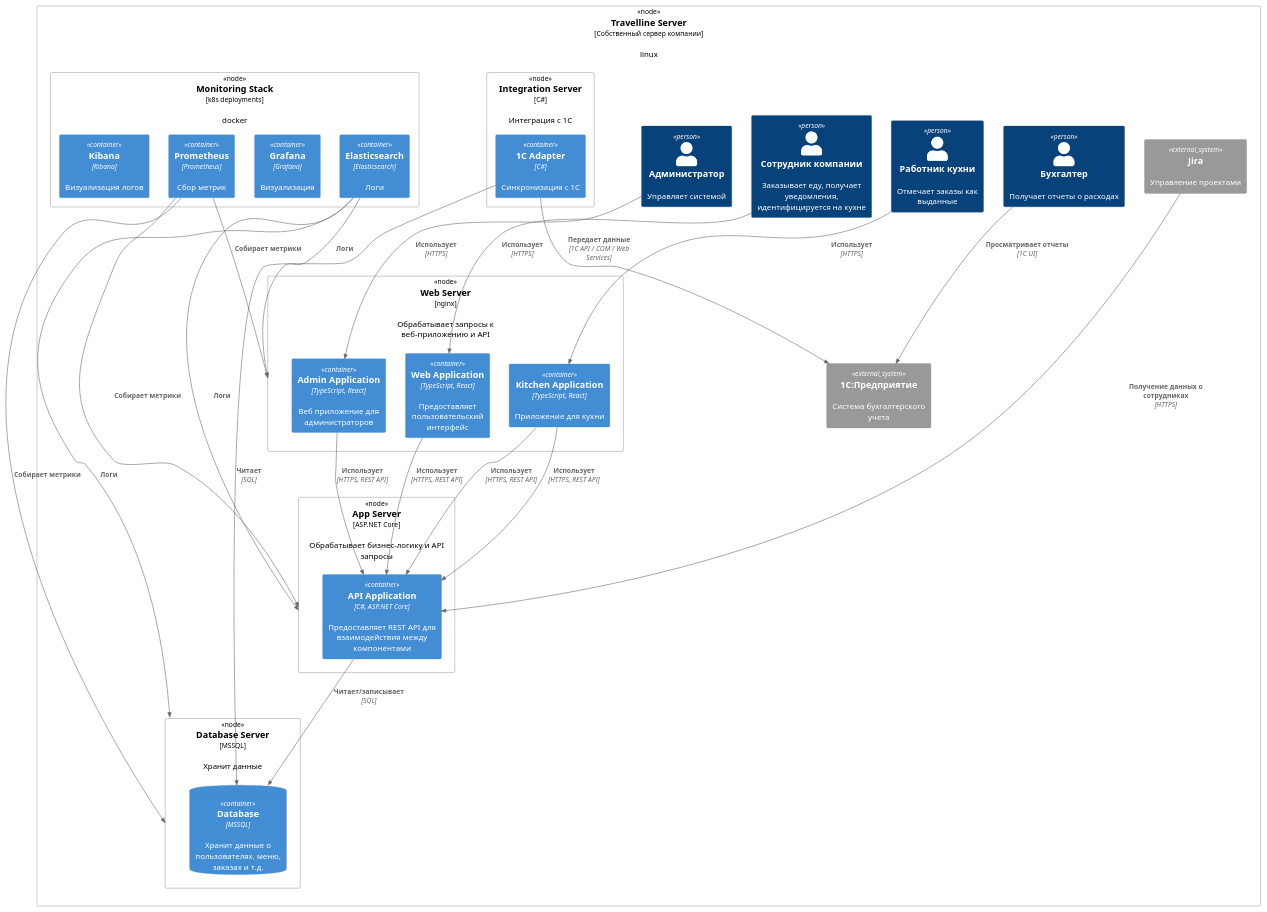
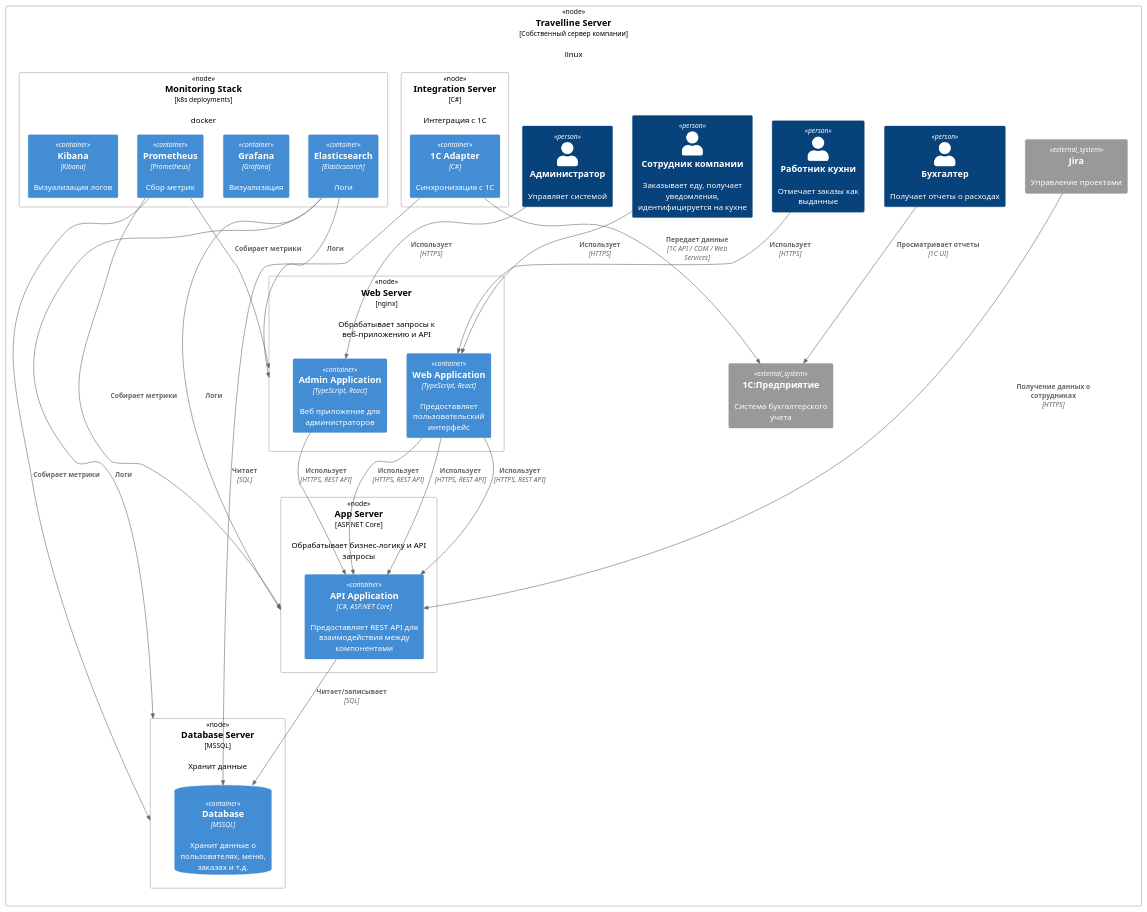
One commit to GornikMaria/SoftwareProjectManagement changed the diagram in C4/Infrastructure C4.md. Above: the diagram before and after it, drawn with PlantUML. The commit also changed 12 other files, not shown here.

````diff
--- a/C4/Infrastructure C4.md
+++ b/C4/Infrastructure C4.md
@@ -1,69 +1,68 @@
 ```plantuml
 @startuml
 !include <c4/C4_Deployment>
 
 'Окружение
 Deployment_Node(travelline_server, "Travelline Server", "Собственный сервер компании", "linux") {
 
   together {
     Person(employee, "Сотрудник компании", "Заказывает еду, получает уведомления, идентифицируется на кухне")
     Person(cook, "Работник кухни", "Отмечает заказы как выданные")
     Person(admin, "Администратор", "Управляет системой")
     Person(accountant, "Бухгалтер", "Получает отчеты о расходах")
     System_Ext(one_c, "1С:Предприятие", "Система бухгалтерского учета")
     System_Ext(jira, "Jira", "Управление проектами")
   }
 
   ' Контейнеры
   Deployment_Node(web_server, "Web Server", "nginx", "Обрабатывает запросы к веб-приложению и API") {
     Container(web_app, "Web Application", "TypeScript, React", "Предоставляет пользовательский интерфейс")
-    Container(kitchen_app, "Kitchen Application", "TypeScript, React", "Приложение для кухни")
     Container(admin_app, "Admin Application", "TypeScript, React", "Веб приложение для администраторов")
     Rel(employee, web_app, "Использует", "HTTPS")
-    Rel(cook, kitchen_app, "Использует", "HTTPS")
+    Rel(cook, web_app, "Использует", "HTTPS")
     Rel(admin, admin_app, "Использует", "HTTPS")
   }
 
     Deployment_Node(app_server, "App Server", "ASP.NET Core", "Обрабатывает бизнес-логику и API запросы"){
         Container(api, "API Application", "C#, ASP.NET Core", "Предоставляет REST API для взаимодействия между компонентами")
            Rel(web_app, api, "Использует", "HTTPS, REST API")
-            Rel(kitchen_app, api, "Использует", "HTTPS, REST API")
+            Rel(web_app, api, "Использует", "HTTPS, REST API")
           Rel(admin_app, api, "Использует", "HTTPS, REST API")
             Rel(jira, api, "Получение данных о сотрудниках", "HTTPS")
-           Rel(kitchen_app, api, "Использует", "HTTPS, REST API")
+           Rel(web_app, api, "Использует", "HTTPS, REST API")
 
     }
 
 
 
   Deployment_Node(db_server, "Database Server", "MSSQL", "Хранит данные") {
     ContainerDb(database, "Database", "MSSQL", "Хранит данные о пользователях, меню, заказах и т.д.")
           Rel(api, database, "Читает/записывает", "SQL")
   }
 
 
    Deployment_Node(integration_server, "Integration Server", "С#", "Интеграция с 1С"){
          Container(adapter_1c, "1C Adapter", "С#", "Синхронизация с 1C")
           Rel(adapter_1c, database, "Читает", "SQL")
          Rel(adapter_1c, one_c, "Передает данные", "1C API / COM / Web Services")
           Rel(accountant, one_c, "Просматривает отчеты", "1С UI")
     }
 
 
     Deployment_Node(monitoring, "Monitoring Stack", "k8s deployments", "docker"){
           Container(prometheus, "Prometheus", "Prometheus", "Сбор метрик")
             Container(grafana, "Grafana", "Grafana", "Визуализация")
               Container(elastic, "Elasticsearch", "Elasticsearch", "Логи")
                Container(kibana, "Kibana", "Kibana", "Визуализация логов")
              Rel(prometheus, app_server, "Собирает метрики", "")
               Rel(prometheus, db_server, "Собирает метрики", "")
              Rel(prometheus, web_server, "Собирает метрики", "")
                 Rel(elastic, app_server, "Логи", "")
          Rel(elastic, db_server, "Логи", "")
          Rel(elastic, web_server, "Логи", "")
 
         }
 
 }
 @enduml
 ```
````
